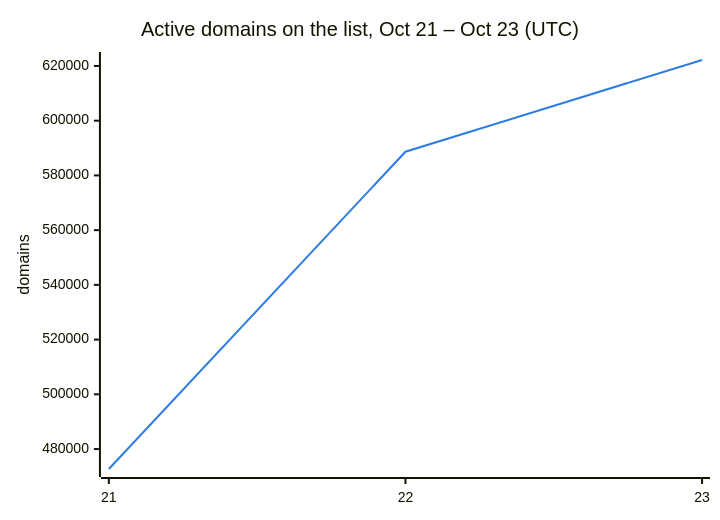
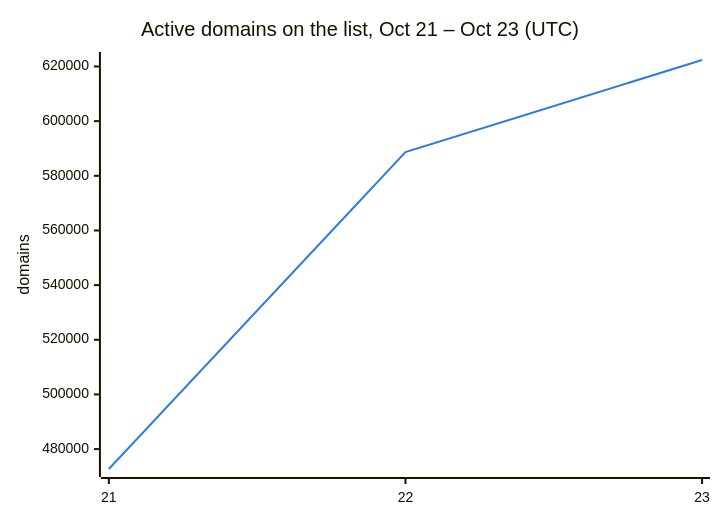
Before and after one commit to DNSBunker/CTI: the second of 3 diagrams in README.md, drawn with Mermaid. The commit also changed other lines of this file and 3 other files, not shown here.

````diff
--- a/README.md
+++ b/README.md
@@ -38,8 +38,8 @@
 ```mermaid
 %%{init: {"themeVariables": {"xyChart": {"plotColorPalette": "#2c7be5"}}}}%%
 xychart-beta
     title "Active domains on the list, Oct 21 – Oct 23 (UTC)"
     x-axis ["21", "22", "23"]
     y-axis "domains"
-    line [472713, 588659, 622178]
+    line [472713, 588659, 622376]
 ```
````
